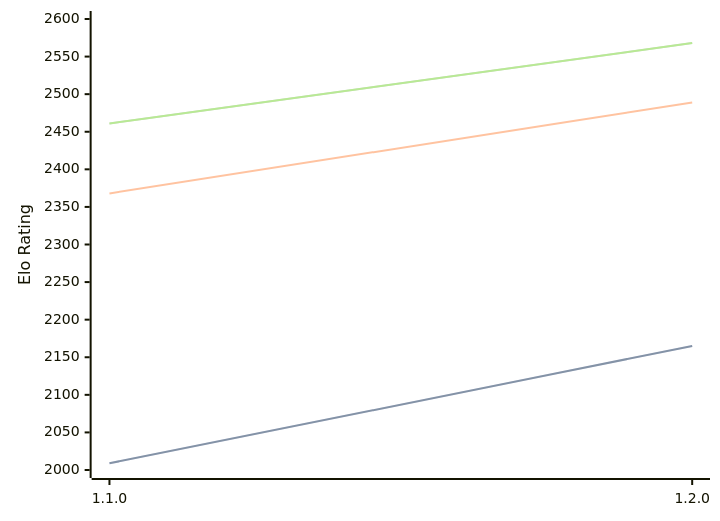
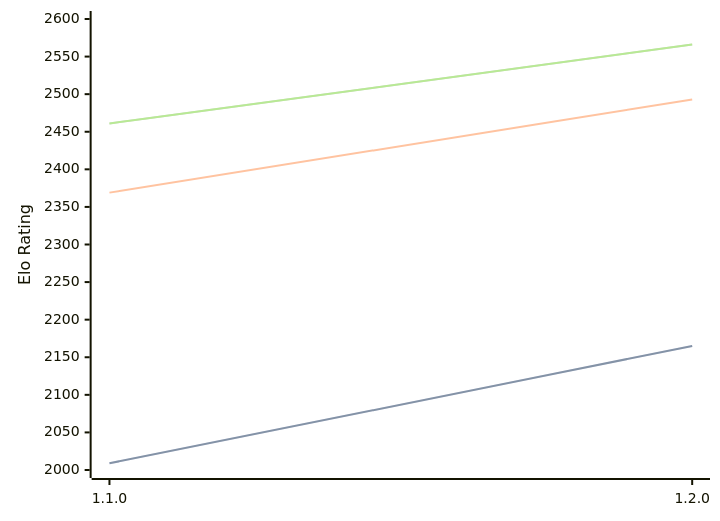
Before and after one commit to computer-chess-index/cci: the diagram in engines/Gyatso.md, drawn with Mermaid. The commit also changed other lines of this file, not shown here.

Commit message:
Update CCI Ratings (ELO VLTC) - 2026-02-26

````diff
--- a/engines/Gyatso.md
+++ b/engines/Gyatso.md
@@ -31,11 +31,11 @@
 ```mermaid
 %%{init: {"theme":"base","themeVariables":{"seriesColors:['#a3a3a3','#222221','#faa371']}}}%%
 xychart-beta
   x-axis ["1.1.0", "1.2.0"]
   y-axis "Elo Rating" 2000 --> 2600
   line "STC (8.0+0.08s)" [2009, 2165]
   line "STC (8.0+0.08s)" [2009, 2165]
-  line "LTC (60.0+0.60s)" [2368, 2489]
-  line "VLTC (2m24s+1.12s)" [2461, 2568]
-  line "VLTC (2m24s+1.12s)" [2461, 2568]
+  line "LTC (60.0+0.60s)" [2369, 2493]
+  line "VLTC (2m24s+1.12s)" [2461, 2566]
+  line "VLTC (2m24s+1.12s)" [2461, 2566]
 ```
````
